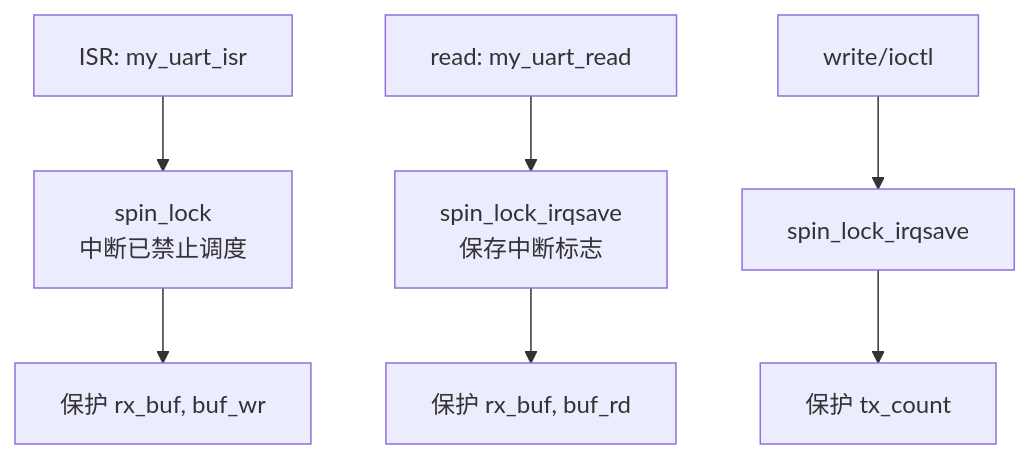
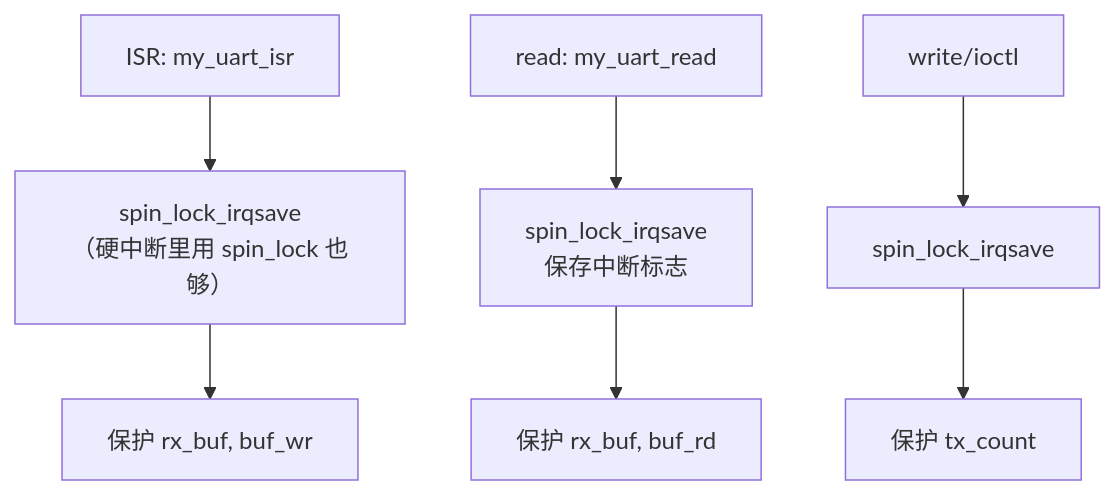
Before and after one commit to 2549227674/linux-kernel-driver-labs: the third of 5 diagrams in 08-Sleeping-and-Handling-Interrupts/docs/README.md, drawn with Mermaid. The commit also changed other lines of this file and 16 other files, not shown here.

````diff
--- a/08-Sleeping-and-Handling-Interrupts/docs/README.md
+++ b/08-Sleeping-and-Handling-Interrupts/docs/README.md
@@ -49,9 +49,9 @@
 ```mermaid
 graph TD
-    A["ISR: my_uart_isr"] --> B["spin_lock<br>中断已禁止调度"]
+    A["ISR: my_uart_isr"] --> B["spin_lock_irqsave<br>（硬中断里用 spin_lock 也够）"]
     B --> C["保护 rx_buf, buf_wr"]
     D["read: my_uart_read"] --> E["spin_lock_irqsave<br>保存中断标志"]
     E --> F["保护 rx_buf, buf_rd"]
     G["write/ioctl"] --> H["spin_lock_irqsave"]
     H --> I["保护 tx_count"]
 ```
````
